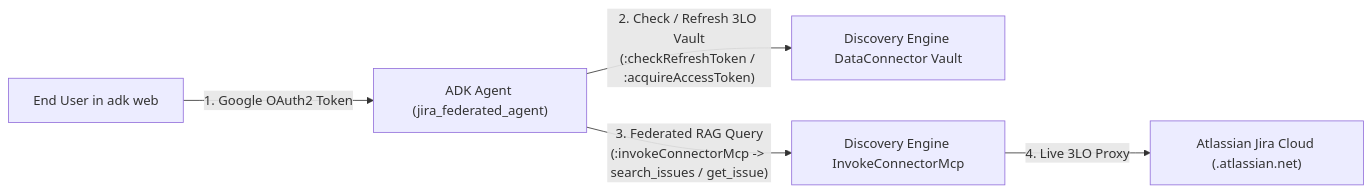
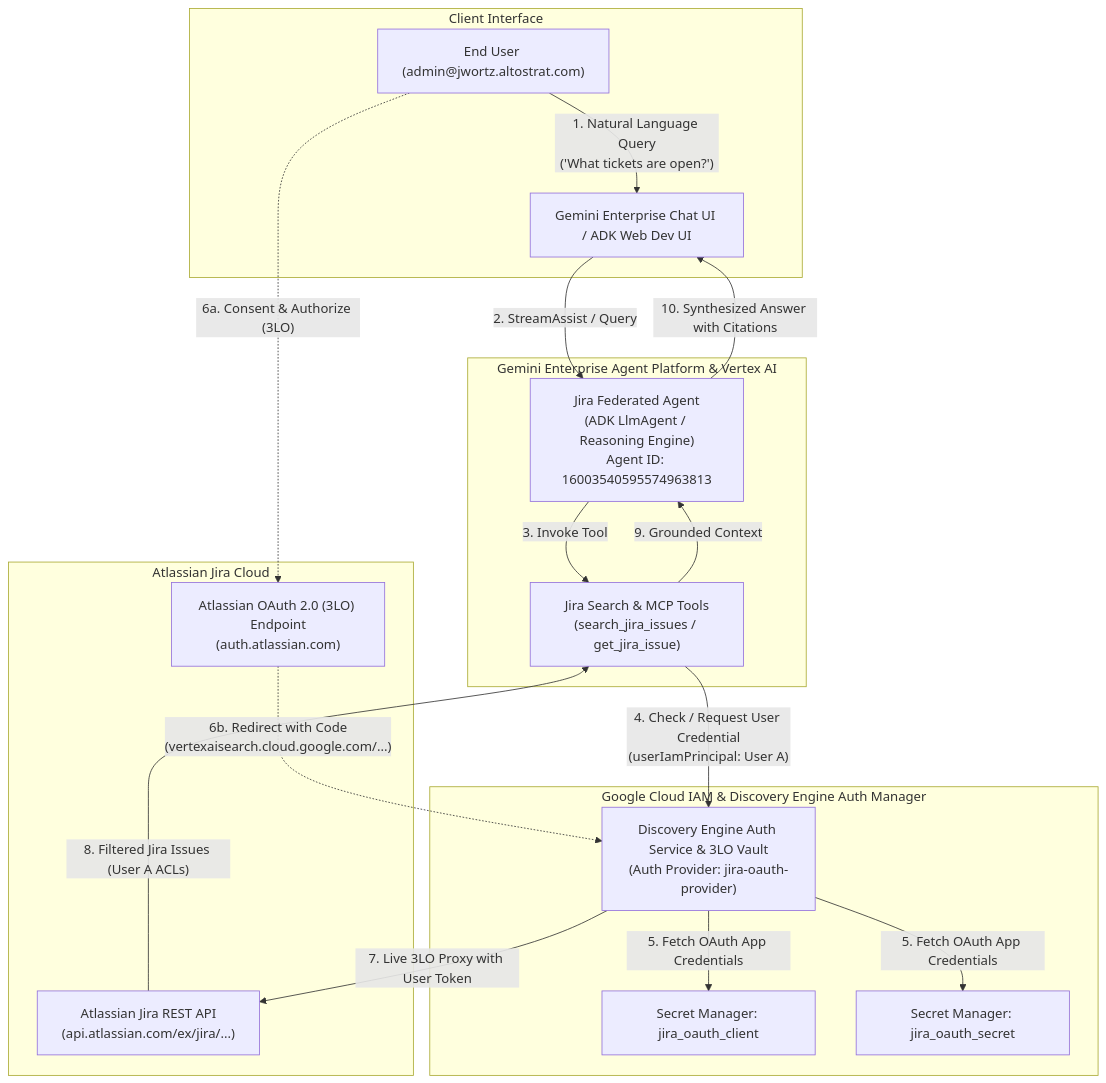
The first of 2 diagrams in README.md (jswortz/gemini-jira-federated), drawn with Mermaid before and after one commit. The commit also changed other lines of this file and 3 other files, not shown here.

Commit message:
docs: add auth manager architecture, sequence diagrams, and 3LO fix documentation

````diff
--- a/README.md
+++ b/README.md
@@ -68,7 +18,38 @@
 ```mermaid
-flowchart LR
-    User["End User in adk web"] -->|"1. Google OAuth2 Token"| Agent["ADK Agent (jira_federated_agent)"]
-    Agent -->|"2. Check / Refresh 3LO Vault\n(:checkRefreshToken / :acquireAccessToken)"| Vault["Discovery Engine DataConnector Vault"]
-    Agent -->|"3. Federated RAG Query\n(:invokeConnectorMcp -> search_issues / get_issue)"| DE["Discovery Engine InvokeConnectorMcp"]
-    DE -->|"4. Live 3LO Proxy"| Jira["Atlassian Jira Cloud (<tenant>.atlassian.net)"]
+flowchart TD
+    subgraph Client["Client Interface"]
+        User["End User (admin@jwortz.altostrat.com)"]
+        ChatUI["Gemini Enterprise Chat UI / ADK Web Dev UI"]
+        User -->|"1. Natural Language Query\n('What tickets are open?')"| ChatUI
+    end
+
+    subgraph AgentPlatform["Gemini Enterprise Agent Platform & Vertex AI"]
+        Agent["Jira Federated Agent\n(ADK LlmAgent / Reasoning Engine)\nAgent ID: 16003540595574963813"]
+        ChatUI -->|"2. StreamAssist / Query"| Agent
+        AgentTool["Jira Search & MCP Tools\n(search_jira_issues / get_jira_issue)"]
+        Agent -->|"3. Invoke Tool"| AgentTool
+    end
+
+    subgraph GoogleIAM["Google Cloud IAM & Discovery Engine Auth Manager"]
+        AuthManager["Discovery Engine Auth Service & 3LO Vault\n(Auth Provider: jira-oauth-provider)"]
+        AgentTool -->|"4. Check / Request User Credential\n(userIamPrincipal: User A)"| AuthManager
+        
+        SMClient["Secret Manager: jira_oauth_client"]
+        SMSecret["Secret Manager: jira_oauth_secret"]
+        AuthManager -->|"5. Fetch OAuth App Credentials"| SMClient
+        AuthManager -->|"5. Fetch OAuth App Credentials"| SMSecret
+    end
+
+    subgraph AtlassianCloud["Atlassian Jira Cloud"]
+        AtlassianAuth["Atlassian OAuth 2.0 (3LO) Endpoint\n(auth.atlassian.com)"]
+        AtlassianAPI["Atlassian Jira REST API\n(api.atlassian.com/ex/jira/...)"]
+        
+        User -.->|"6a. Consent & Authorize (3LO)"| AtlassianAuth
+        AtlassianAuth -.->|"6b. Redirect with Code\n(vertexaisearch.cloud.google.com/...)"| AuthManager
+        AuthManager -->|"7. Live 3LO Proxy with User Token"| AtlassianAPI
+    end
+
+    AtlassianAPI -->|"8. Filtered Jira Issues (User A ACLs)"| AgentTool
+    AgentTool -->|"9. Grounded Context"| Agent
+    Agent -->|"10. Synthesized Answer with Citations"| ChatUI
 ```
````
